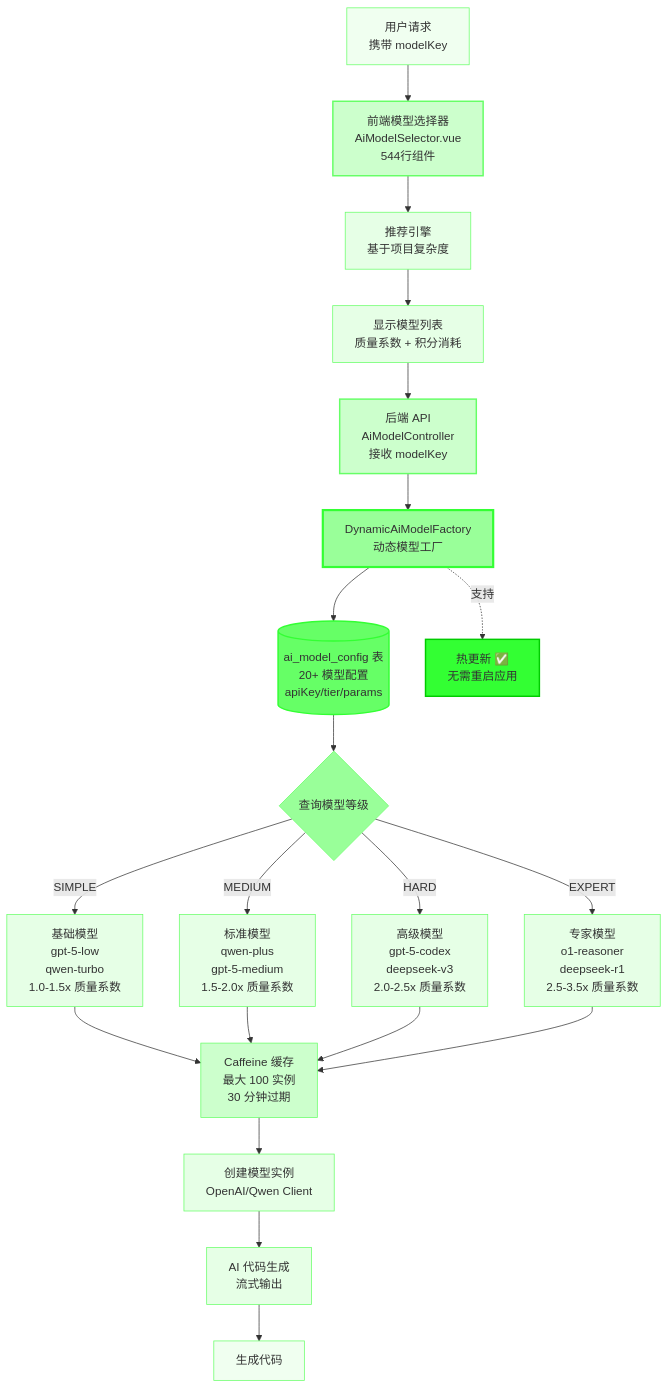
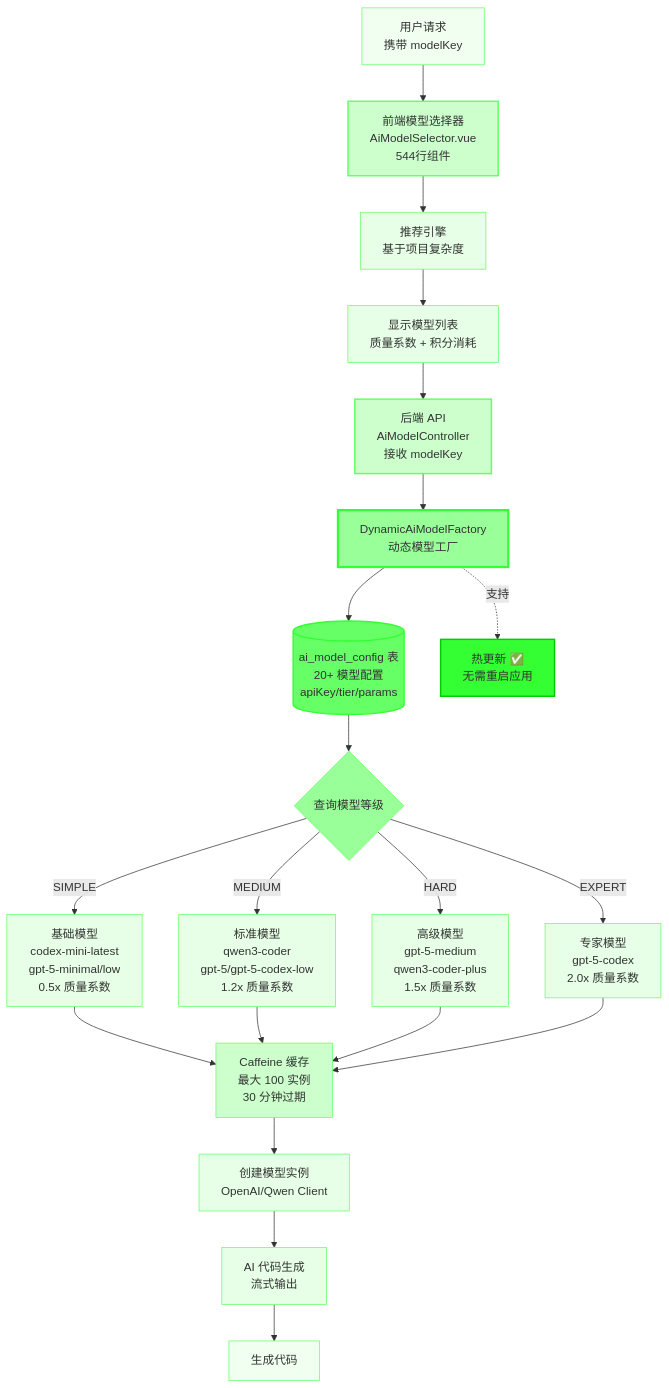
Before and after one commit to vasc-language/ai-code-mother: the second of 18 diagrams in 公告.md, drawn with Mermaid. The commit also changed other lines of this file, not shown here.

````diff
--- a/公告.md
+++ b/公告.md
@@ -126,42 +125,42 @@
 ```mermaid
 graph TB
     A2[用户请求<br/>携带 modelKey] --> B2[前端模型选择器<br/>AiModelSelector.vue<br/>544行组件]
     B2 --> C3[推荐引擎<br/>基于项目复杂度]
     C3 --> D2[显示模型列表<br/>质量系数 + 积分消耗]
 
     D2 --> E2[后端 API<br/>AiModelController<br/>接收 modelKey]
     E2 --> F2[DynamicAiModelFactory<br/>动态模型工厂]
 
     F2 --> G2[(ai_model_config 表<br/>20+ 模型配置<br/>apiKey/tier/params)]
     G2 --> H2{查询模型等级}
 
-    H2 -->|SIMPLE| J1[基础模型<br/>gpt-5-low<br/>qwen-turbo<br/>1.0-1.5x 质量系数]
-    H2 -->|MEDIUM| J2[标准模型<br/>qwen-plus<br/>gpt-5-medium<br/>1.5-2.0x 质量系数]
-    H2 -->|HARD| J3[高级模型<br/>gpt-5-codex<br/>deepseek-v3<br/>2.0-2.5x 质量系数]
-    H2 -->|EXPERT| J4[专家模型<br/>o1-reasoner<br/>deepseek-r1<br/>2.5-3.5x 质量系数]
+    H2 -->|SIMPLE| J1[基础模型<br/>codex-mini-latest<br/>gpt-5-minimal/low<br/>0.5x 质量系数]
+    H2 -->|MEDIUM| J2[标准模型<br/>qwen3-coder<br/>gpt-5/gpt-5-codex-low<br/>1.2x 质量系数]
+    H2 -->|HARD| J3[高级模型<br/>gpt-5-medium<br/>qwen3-coder-plus<br/>1.5x 质量系数]
+    H2 -->|EXPERT| J4[专家模型<br/>gpt-5-codex<br/>2.0x 质量系数]
 
     J1 & J2 & J3 & J4 --> K2[Caffeine 缓存<br/>最大 100 实例<br/>30 分钟过期]
     K2 --> L2[创建模型实例<br/>OpenAI/Qwen Client]
     L2 --> M2[AI 代码生成<br/>流式输出]
     M2 --> N2[生成代码]
 
     F2 -.支持.-> O2[热更新 ✅<br/>无需重启应用]
 
     style A2 fill:#f0fff0,stroke:#66ff66
     style B2 fill:#ccffcc,stroke:#66ff66,stroke-width:2px
     style C3 fill:#e6ffe6,stroke:#66ff66
     style D2 fill:#e6ffe6,stroke:#66ff66
     style E2 fill:#ccffcc,stroke:#66ff66,stroke-width:2px
     style F2 fill:#99ff99,stroke:#33ff33,stroke-width:3px
     style G2 fill:#66ff66,stroke:#33ff33,stroke-width:2px
     style H2 fill:#99ff99,stroke:#66ff66
     style J1 fill:#e6ffe6,stroke:#66ff66
     style J2 fill:#e6ffe6,stroke:#66ff66
     style J3 fill:#e6ffe6,stroke:#66ff66
     style J4 fill:#e6ffe6,stroke:#66ff66
     style K2 fill:#ccffcc,stroke:#66ff66
     style L2 fill:#e6ffe6,stroke:#66ff66
     style M2 fill:#e6ffe6,stroke:#66ff66
     style N2 fill:#f0fff0,stroke:#66ff66
     style O2 fill:#33ff33,stroke:#00cc00,stroke-width:2px
 ```
````
